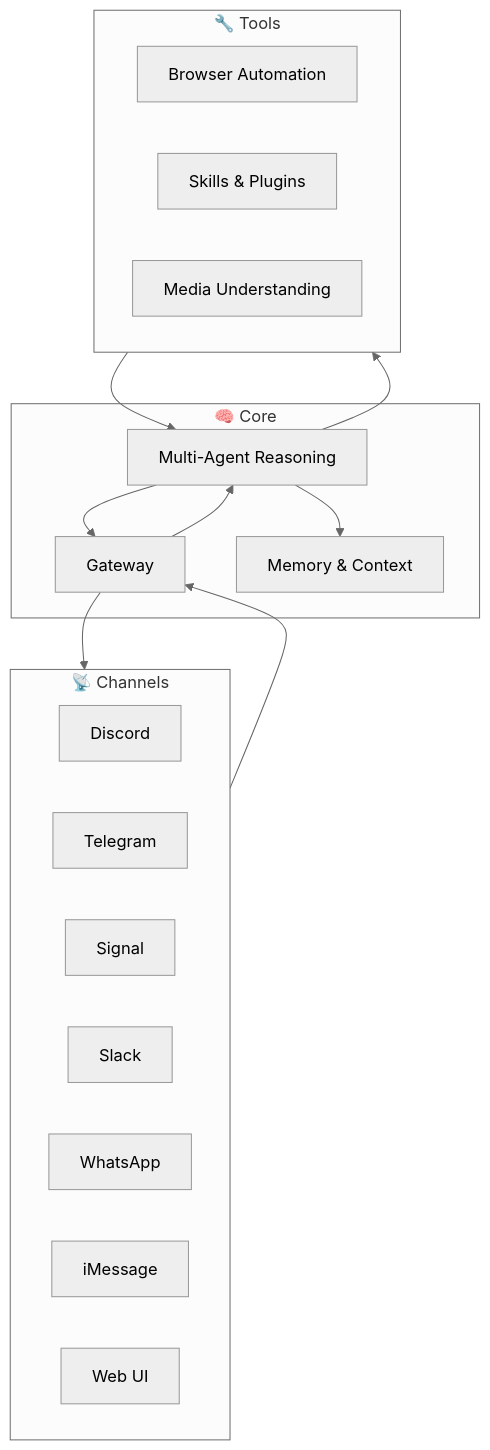
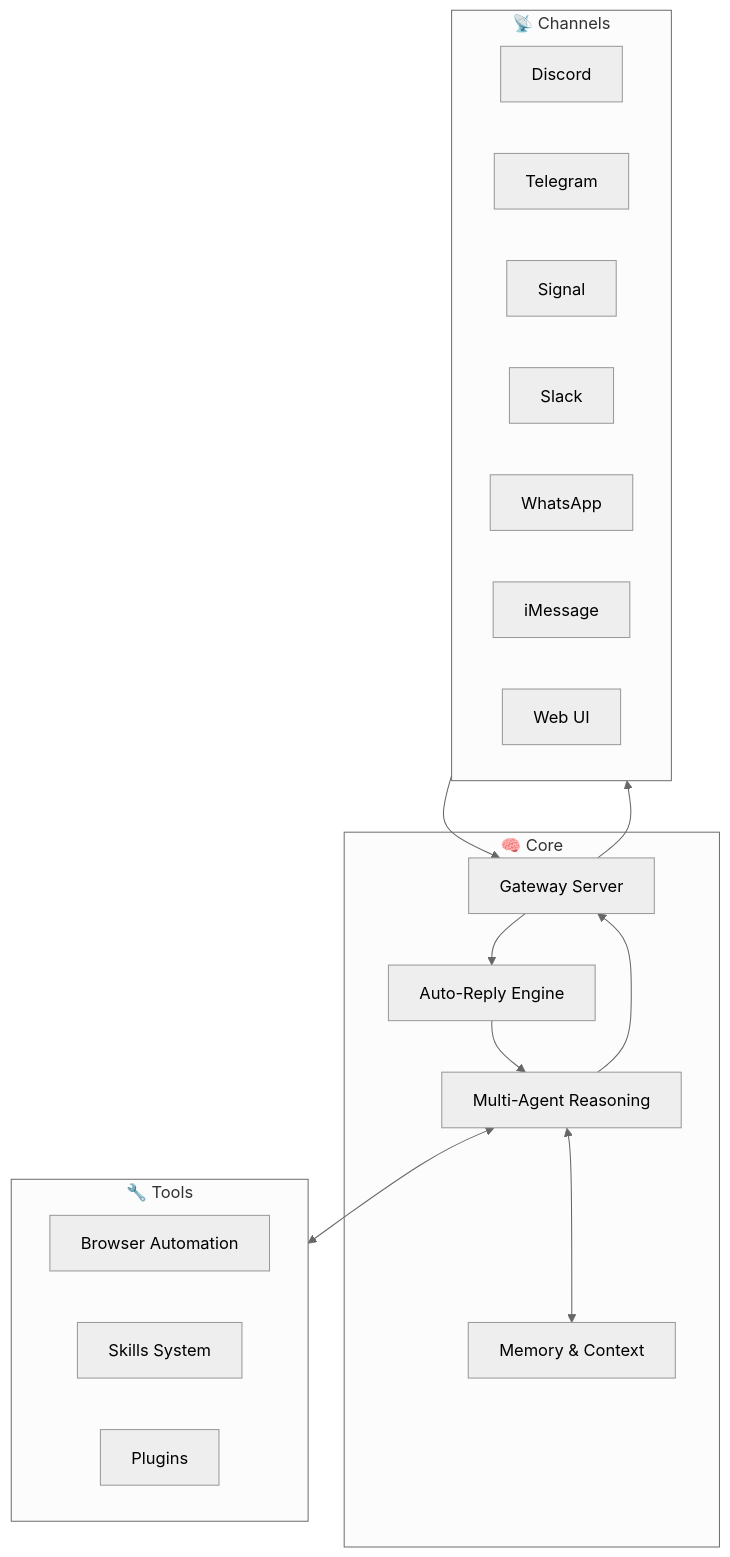
Before and after one commit to EthanAlgoX/MarketBot: the diagram in README.md, drawn with Mermaid (neutral theme). The commit also changed other lines of this file, not shown here.

Commit message:
docs: update README with comprehensive architecture details

````diff
--- a/README.md
+++ b/README.md
@@ -19,32 +19,33 @@
 ```mermaid
 graph TB
     subgraph Channels["📡 Channels"]
         Discord[Discord]
         Telegram[Telegram]
         Signal[Signal]
         Slack[Slack]
         WhatsApp[WhatsApp]
         iMessage[iMessage]
         Web[Web UI]
     end
 
     subgraph Core["🧠 Core"]
-        Gateway[Gateway]
+        Gateway[Gateway Server]
+        AutoReply[Auto-Reply Engine]
         Agents[Multi-Agent Reasoning]
         Memory[Memory & Context]
     end
 
     subgraph Tools["🔧 Tools"]
         Browser[Browser Automation]
-        Skills[Skills & Plugins]
-        Media[Media Understanding]
+        Skills[Skills System]
+        Plugins[Plugins]
     end
 
     Channels --> Gateway
-    Gateway --> Agents
-    Agents --> Memory
-    Agents --> Tools
-    Tools --> Agents
+    Gateway --> AutoReply
+    AutoReply --> Agents
+    Agents <--> Memory
+    Agents <--> Tools
     Agents --> Gateway
     Gateway --> Channels
 ```
````
